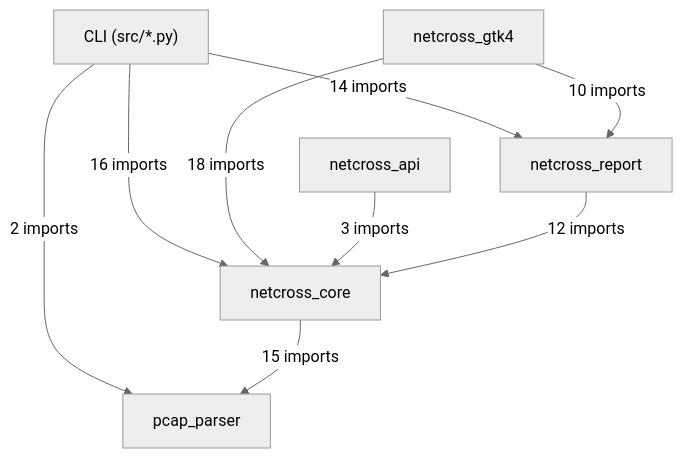
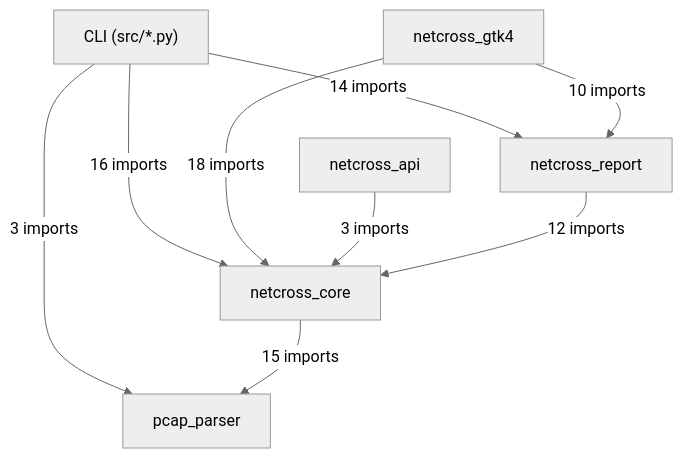
The first of 16 diagrams in docs/class-diagram.md (MathildeDec/Netcross), drawn with Mermaid (neutral theme) before and after one commit. The commit also changed other lines of this file and 6 other files, not shown here.

````diff
--- a/docs/class-diagram.md
+++ b/docs/class-diagram.md
@@ -26,17 +26,17 @@
 ```mermaid
 flowchart TD
     CLI["CLI (src/*.py)"]
     netcross_gtk4["netcross_gtk4"]
     netcross_api["netcross_api"]
     netcross_report["netcross_report"]
     netcross_core["netcross_core"]
     pcap_parser["pcap_parser"]
     CLI -->|"14 imports"| netcross_report
     CLI -->|"16 imports"| netcross_core
-    CLI -->|"2 imports"| pcap_parser
+    CLI -->|"3 imports"| pcap_parser
     netcross_gtk4 -->|"10 imports"| netcross_report
     netcross_gtk4 -->|"18 imports"| netcross_core
     netcross_api -->|"3 imports"| netcross_core
     netcross_report -->|"12 imports"| netcross_core
     netcross_core -->|"15 imports"| pcap_parser
 ```
````
